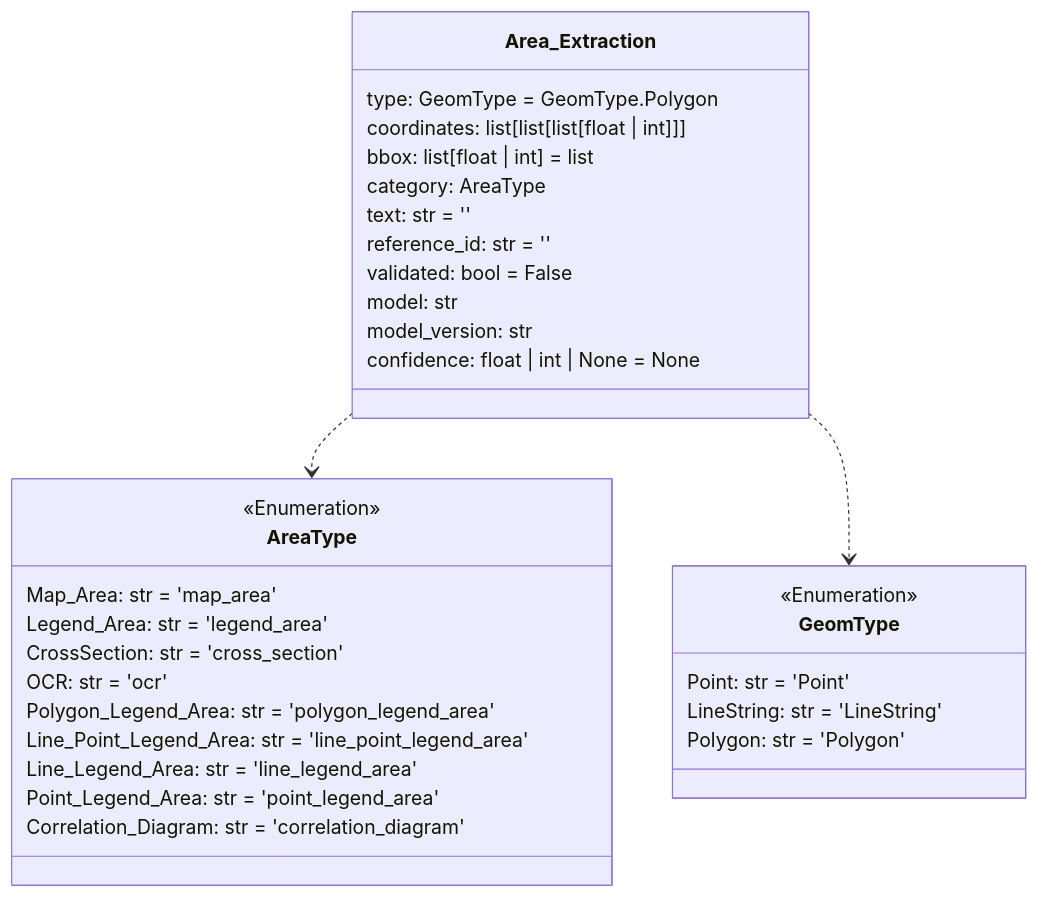
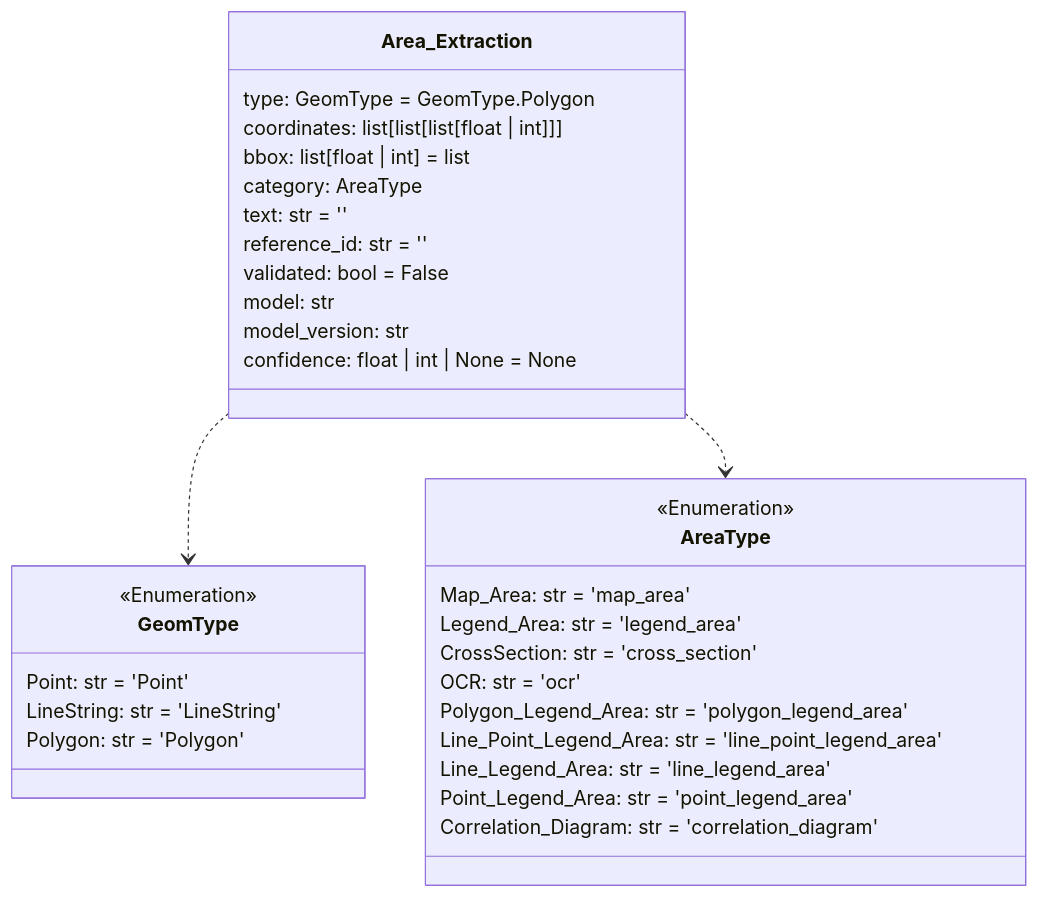
One commit to DARPA-CRITICALMAAS/cdr_schemas changed the first of 14 diagrams in README.md. Above: the diagram before and after it, drawn with Mermaid. The commit also changed other lines of this file and 2 other files, not shown here.

````diff
--- a/README.md
+++ b/README.md
@@ -68,41 +68,41 @@
 ```mermaid
 classDiagram
+
+    class GeomType {
+        <<Enumeration>>
+        Point: str = 'Point'
+        LineString: str = 'LineString'
+        Polygon: str = 'Polygon'
+    }
 
     class AreaType {
         <<Enumeration>>
         Map_Area: str = 'map_area'
         Legend_Area: str = 'legend_area'
         CrossSection: str = 'cross_section'
         OCR: str = 'ocr'
         Polygon_Legend_Area: str = 'polygon_legend_area'
         Line_Point_Legend_Area: str = 'line_point_legend_area'
         Line_Legend_Area: str = 'line_legend_area'
         Point_Legend_Area: str = 'point_legend_area'
         Correlation_Diagram: str = 'correlation_diagram'
     }
 
     class Area_Extraction {
         type: GeomType = GeomType.Polygon
         coordinates: list[list[list[float | int]]]
         bbox: list[float | int] = list
         category: AreaType
         text: str = ''
         reference_id: str = ''
         validated: bool = False
         model: str
         model_version: str
         confidence: float | int | None = None
     }
 
-    class GeomType {
-        <<Enumeration>>
-        Point: str = 'Point'
-        LineString: str = 'LineString'
-        Polygon: str = 'Polygon'
-    }
-
+    Area_Extraction ..> GeomType
     Area_Extraction ..> AreaType
-    Area_Extraction ..> GeomType
 
 
 ```
````
